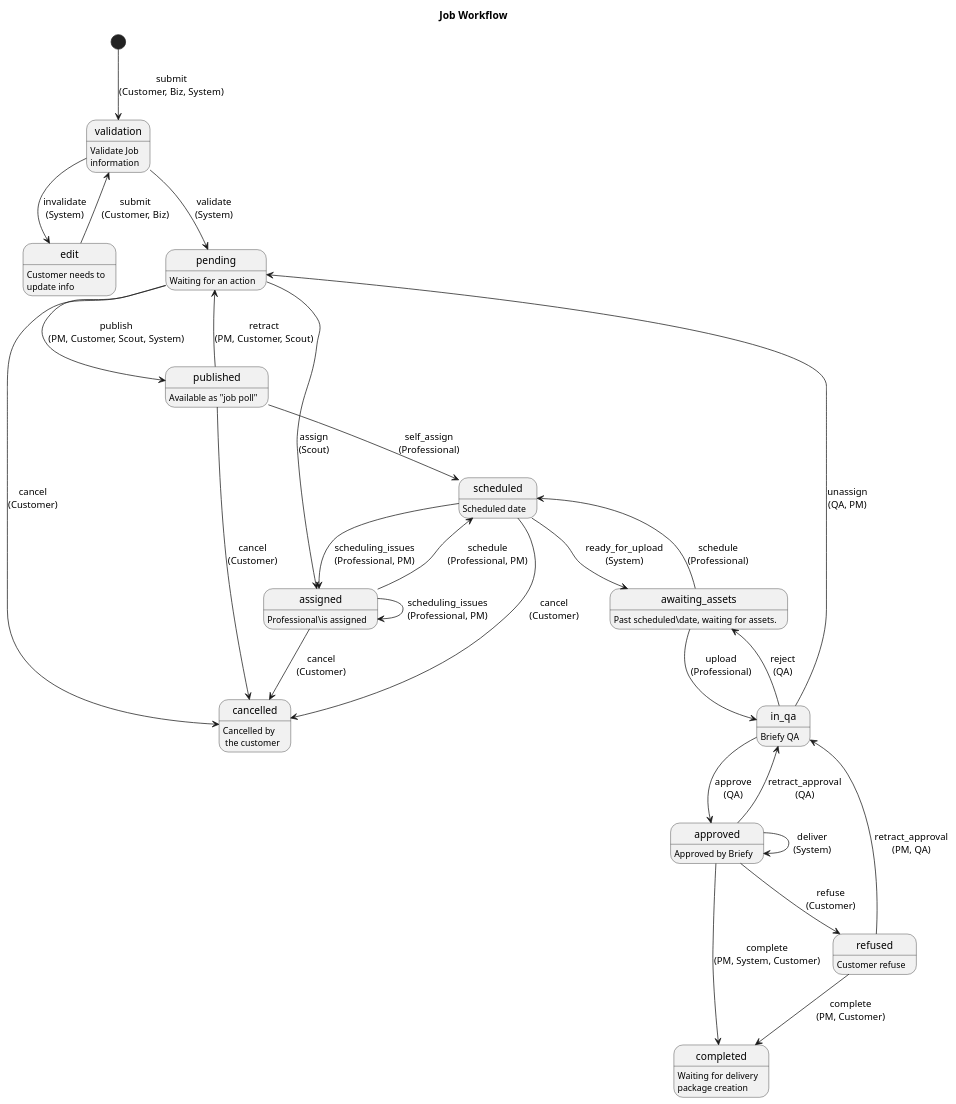
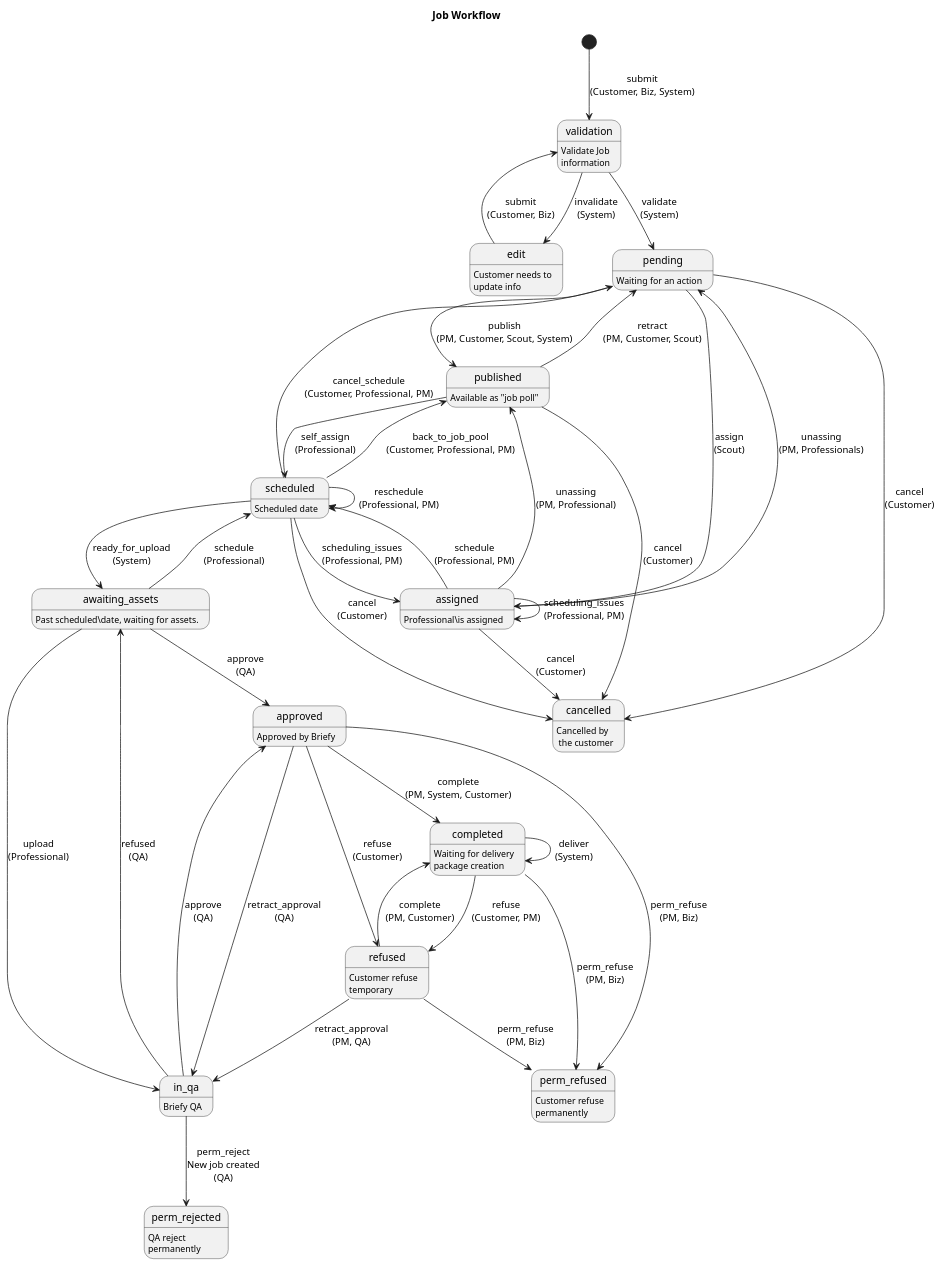
Before and after one commit to BriefyHQ/briefy.leica: the diagram in docs/objects/job.rst, drawn with PlantUML.

Commit message:
Update Job workflow documentation.

```diff
--- a/docs/objects/job.rst
+++ b/docs/objects/job.rst
@@ -7,48 +7,60 @@
 .. uml::
 
     @startuml
 
     title Job Workflow
 
     state validation: Validate Job\ninformation
     state edit: Customer needs to\nupdate info
     state pending: Waiting for an action
     state published: Available as "job poll"
     state assigned: Professional\is assigned
     state scheduled: Scheduled date
     state cancelled: Cancelled by\n the customer
     state awaiting_assets: Past scheduled\date, waiting for assets.
     state in_qa: Briefy QA
     state approved: Approved by Briefy
     state completed: Waiting for delivery\npackage creation
-    state refused: Customer refuse
+    state refused: Customer refuse\ntemporary
+    state perm_refused: Customer refuse\npermanently
+    state perm_rejected: QA reject\npermanently
 
     [*] --> validation : submit\n(Customer, Biz, System)
     validation --> edit : invalidate\n(System)
     edit --> validation : submit\n(Customer, Biz)
     validation --> pending : validate\n(System)
     pending --> assigned: assign\n(Scout)
     pending --> published: publish\n(PM, Customer, Scout, System)
     published --> pending: retract\n(PM, Customer, Scout)
     published --> scheduled: self_assign\n(Professional)
     assigned --> scheduled: schedule\n(Professional, PM)
     assigned --> assigned: scheduling_issues\n(Professional, PM)
+    assigned --> pending: unassing\n(PM, Professionals)
+    assigned --> published: unassing\n(PM, Professional)
     scheduled --> assigned: scheduling_issues\n(Professional, PM)
     awaiting_assets --> scheduled: schedule\n(Professional)
+    awaiting_assets --> approved: approve\n(QA)
     scheduled --> awaiting_assets: ready_for_upload\n(System)
+    scheduled --> scheduled: reschedule\n(Professional, PM)
+    scheduled --> pending: cancel_schedule\n(Customer, Professional, PM)
+    scheduled --> published: back_to_job_pool\n(Customer, Professional, PM)
     awaiting_assets --> in_qa: upload\n(Professional)
-    in_qa --> awaiting_assets: reject\n(QA)
+    in_qa --> awaiting_assets: refused\n(QA)
     in_qa --> approved: approve\n(QA)
-    in_qa --> pending: unassign\n(QA, PM)
+    in_qa --> perm_rejected: perm_reject\nNew job created\n(QA)
     approved --> in_qa: retract_approval\n(QA)
     approved --> completed: complete\n(PM, System, Customer)
     approved --> refused: refuse\n(Customer)
-    approved --> approved: deliver\n(System)
+    completed --> completed: deliver\n(System)
     refused --> completed: complete\n(PM, Customer)
     refused --> in_qa: retract_approval\n(PM, QA)
     pending --> cancelled: cancel\n(Customer)
     published --> cancelled: cancel\n(Customer)
     assigned --> cancelled: cancel\n(Customer)
     scheduled --> cancelled: cancel\n(Customer)
+    refused --> perm_refused: perm_refuse\n(PM, Biz)
+    approved --> perm_refused: perm_refuse\n(PM, Biz)
+    completed --> perm_refused: perm_refuse\n(PM, Biz)
+    completed --> refused: refuse\n(Customer, PM)
 
     @enduml
```
